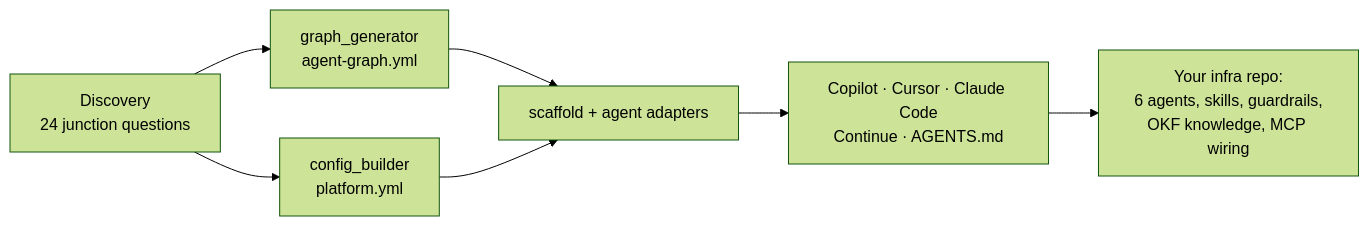
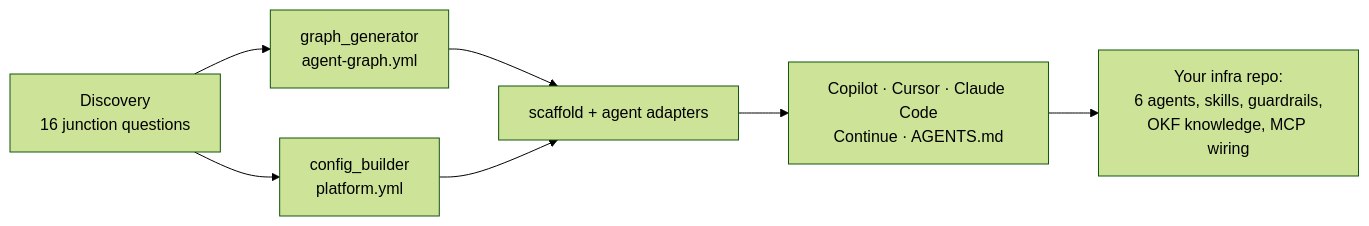
The diagram in docs/wiki/Home.md (egen/junction), drawn with Mermaid (forest theme) before and after one commit. The commit also changed other lines of this file and 15 other files, not shown here.

````diff
--- a/docs/wiki/Home.md
+++ b/docs/wiki/Home.md
@@ -24,9 +24,9 @@
 ```mermaid
 flowchart LR
-    Q["Discovery<br/>24 junction questions"] --> G["graph_generator<br/>agent-graph.yml"]
+    Q["Discovery<br/>16 junction questions"] --> G["graph_generator<br/>agent-graph.yml"]
     Q --> P["config_builder<br/>platform.yml"]
     G --> S["scaffold + agent adapters"]
     P --> S
     S --> C["Copilot · Cursor · Claude Code<br/>Continue · AGENTS.md"]
     C --> R["Your infra repo:<br/>6 agents, skills, guardrails,<br/>OKF knowledge, MCP wiring"]
 ```
````
